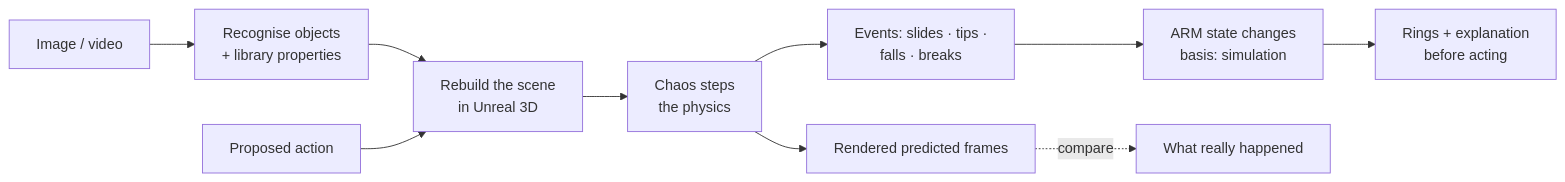
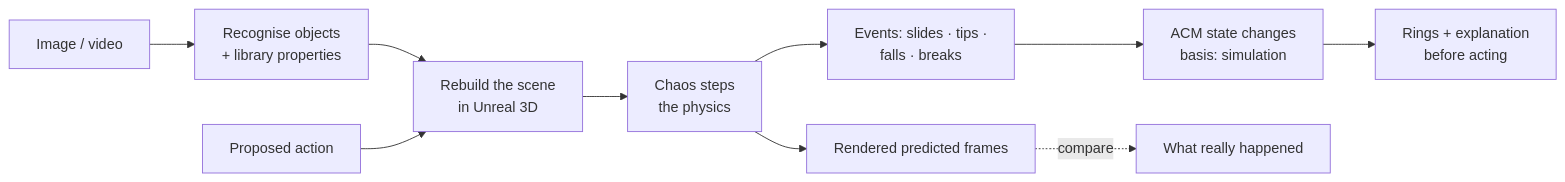
Before and after one commit to Sherlock2019/ACM: diagram 17 of 17 in README.md, drawn with Mermaid. The commit also changed other lines of this file and 27 other files, not shown here.

First line of the commit message:
ACM scene engine: a situation as a structured script, its consequences and next scenes

````diff
--- a/README.md
+++ b/README.md
@@ -922,12 +1194,12 @@
 ```mermaid
 flowchart LR
   IN[Image / video] --> REC[Recognise objects<br/>+ library properties]
   REC --> UE[Rebuild the scene<br/>in Unreal 3D]
   ACT[Proposed action] --> UE
   UE --> CH[Chaos steps<br/>the physics]
   CH --> EV[Events: slides · tips ·<br/>falls · breaks]
-  EV --> ARM[ARM state changes<br/>basis: simulation]
-  ARM --> OUT[Rings + explanation<br/>before acting]
+  EV --> ACM[ACM state changes<br/>basis: simulation]
+  ACM --> OUT[Rings + explanation<br/>before acting]
   CH --> REN[Rendered predicted frames]
   REN -.->|compare| REAL[What really happened]
 ```
````
